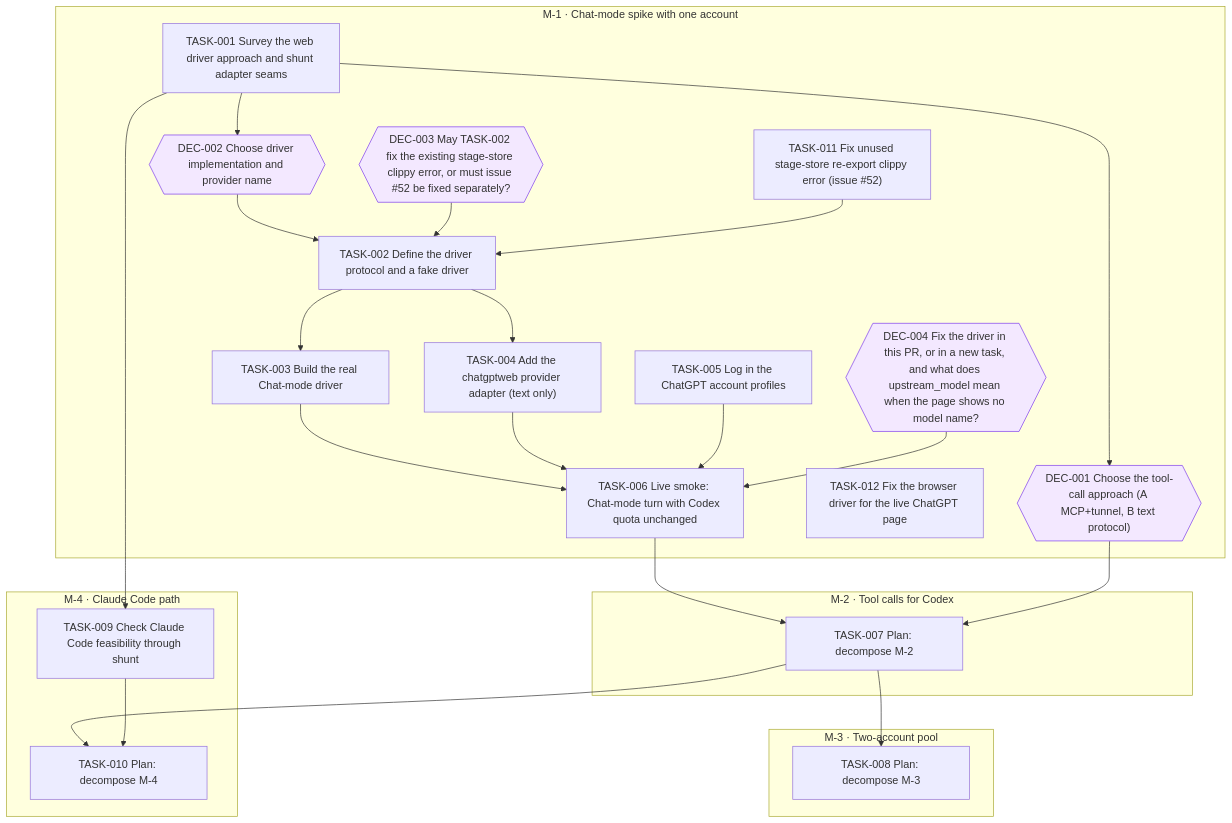
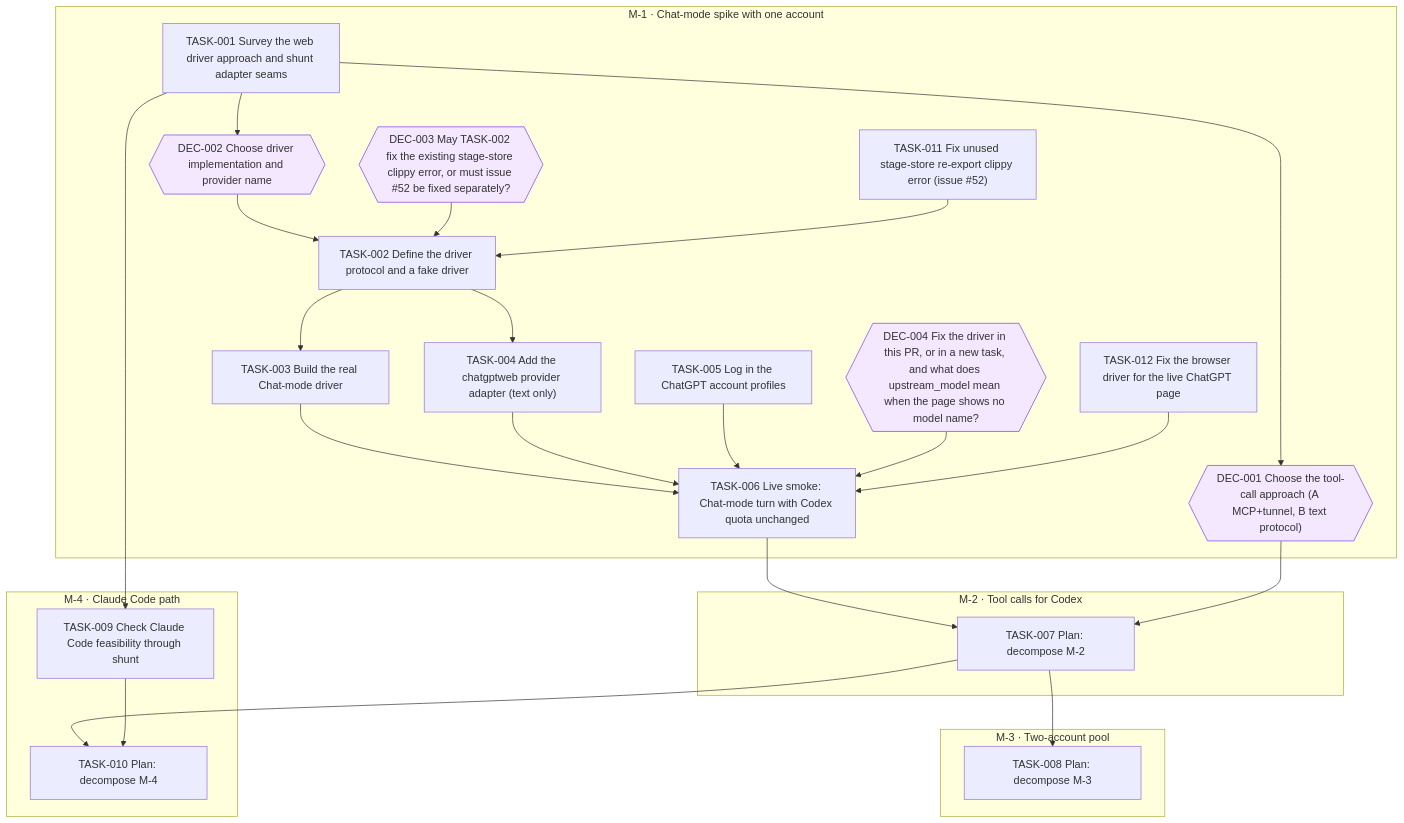
The diagram in goals/chatgptweb-provider/README.md (jesusvillota/shunt), drawn with Mermaid before and after one commit. The commit also changed 2 other files, not shown here.

Commit message:
goal(chatgptweb-provider): link TASK-006 after TASK-012

````diff
--- a/goals/chatgptweb-provider/README.md
+++ b/goals/chatgptweb-provider/README.md
@@ -132,51 +132,52 @@
 ```mermaid
 flowchart TD
   subgraph M_1["M-1 · Chat-mode spike with one account"]
     DEC_001{{"DEC-001 Choose the tool-call approach (A MCP+tunnel, B text protocol)"}}
     DEC_002{{"DEC-002 Choose driver implementation and provider name"}}
     DEC_003{{"DEC-003 May TASK-002 fix the existing stage-store clippy error, or must issue #52 be fixed separately?"}}
     DEC_004{{"DEC-004 Fix the driver in this PR, or in a new task, and what does upstream_model mean when the page shows no model name?"}}
     TASK_001["TASK-001 Survey the web driver approach and shunt adapter seams"]
     TASK_002["TASK-002 Define the driver protocol and a fake driver"]
     TASK_003["TASK-003 Build the real Chat-mode driver"]
     TASK_004["TASK-004 Add the chatgptweb provider adapter (text only)"]
     TASK_005["TASK-005 Log in the ChatGPT account profiles"]
     TASK_006["TASK-006 Live smoke: Chat-mode turn with Codex quota unchanged"]
     TASK_011["TASK-011 Fix unused stage-store re-export clippy error (issue #52)"]
     TASK_012["TASK-012 Fix the browser driver for the live ChatGPT page"]
   end
   subgraph M_2["M-2 · Tool calls for Codex"]
     TASK_007["TASK-007 Plan: decompose M-2"]
   end
   subgraph M_3["M-3 · Two-account pool"]
     TASK_008["TASK-008 Plan: decompose M-3"]
   end
   subgraph M_4["M-4 · Claude Code path"]
     TASK_009["TASK-009 Check Claude Code feasibility through shunt"]
     TASK_010["TASK-010 Plan: decompose M-4"]
   end
   TASK_001 --> DEC_001
   TASK_001 --> DEC_002
   DEC_002 --> TASK_002
   DEC_003 --> TASK_002
   TASK_011 --> TASK_002
   TASK_002 --> TASK_003
   TASK_002 --> TASK_004
   TASK_003 --> TASK_006
   TASK_004 --> TASK_006
   TASK_005 --> TASK_006
   DEC_004 --> TASK_006
+  TASK_012 --> TASK_006
   TASK_006 --> TASK_007
   DEC_001 --> TASK_007
   TASK_007 --> TASK_008
   TASK_001 --> TASK_009
   TASK_007 --> TASK_010
   TASK_009 --> TASK_010
   classDef draft stroke-dasharray: 4 3
   classDef cancelled opacity:0.45
   classDef decision fill:#f3e8ff,stroke:#7c3aed
   class DEC_001 decision
   class DEC_002 decision
   class DEC_003 decision
   class DEC_004 decision
 ```
````
